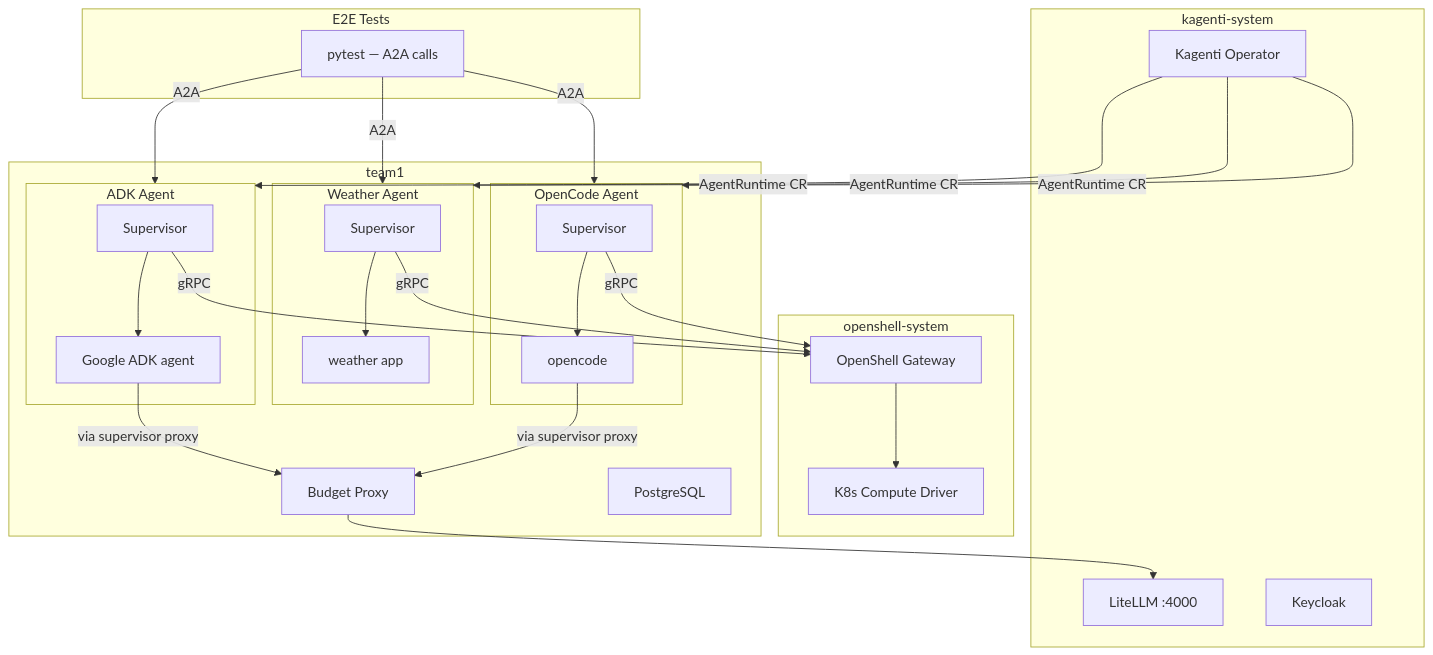
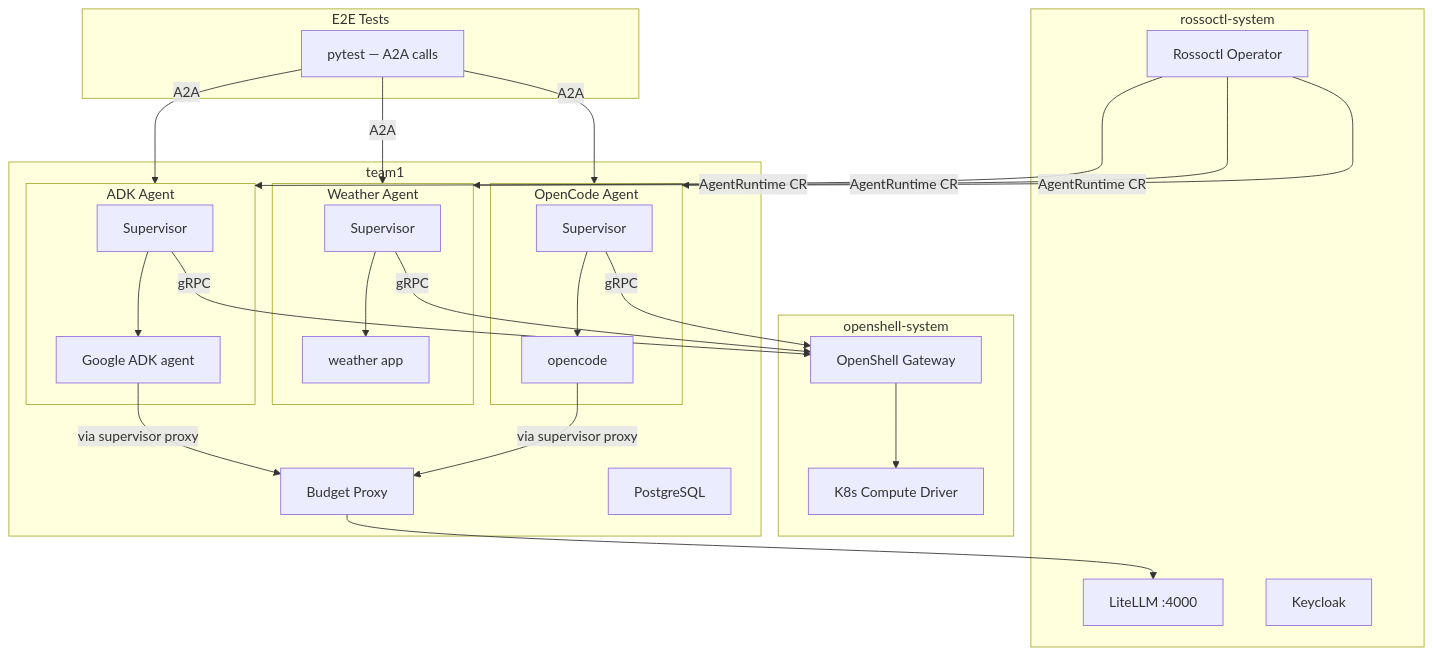
Before and after one commit to kagenti/kagenti: the first of 6 diagrams in docs/agentic-runtime/openshell-integration.md, drawn with Mermaid. The commit also changed other lines of this file and 1316 other files, not shown here.

First line of the commit message:
⚠️ Rename Kagenti → Rossoctl across the flagship repo (→ rossoctl)

````diff
--- a/docs/agentic-runtime/openshell-integration.md
+++ b/docs/agentic-runtime/openshell-integration.md
@@ -21,37 +21,37 @@
 ```mermaid
 graph TB
     subgraph tests["E2E Tests"]
         T["pytest — A2A calls"]
     end
 
     subgraph openshell_ns["openshell-system"]
         GW["OpenShell Gateway"]
         KD["K8s Compute Driver"]
     end
 
-    subgraph kagenti_ns["kagenti-system"]
-        OP["Kagenti Operator"]
+    subgraph rossoctl_ns["rossoctl-system"]
+        OP["Rossoctl Operator"]
         LLM["LiteLLM :4000"]
         KC["Keycloak"]
     end
 
     subgraph agent_ns["team1"]
         subgraph w_pod["Weather Agent"]
             W_SV["Supervisor"] --> W_AG["weather app"]
         end
         subgraph a_pod["ADK Agent"]
             A_SV["Supervisor"] --> A_AG["Google ADK agent"]
         end
         subgraph o_pod["OpenCode Agent"]
             O_SV["Supervisor"] --> O_AG["opencode"]
         end
         BP["Budget Proxy"]
         PG["PostgreSQL"]
     end
 
     T -->|"A2A"| w_pod & a_pod & o_pod
     W_SV & A_SV & O_SV -->|"gRPC"| GW
     GW --> KD
     A_AG & O_AG -->|"via supervisor proxy"| BP --> LLM
     OP -->|"AgentRuntime CR"| w_pod & a_pod & o_pod
 ```
````
